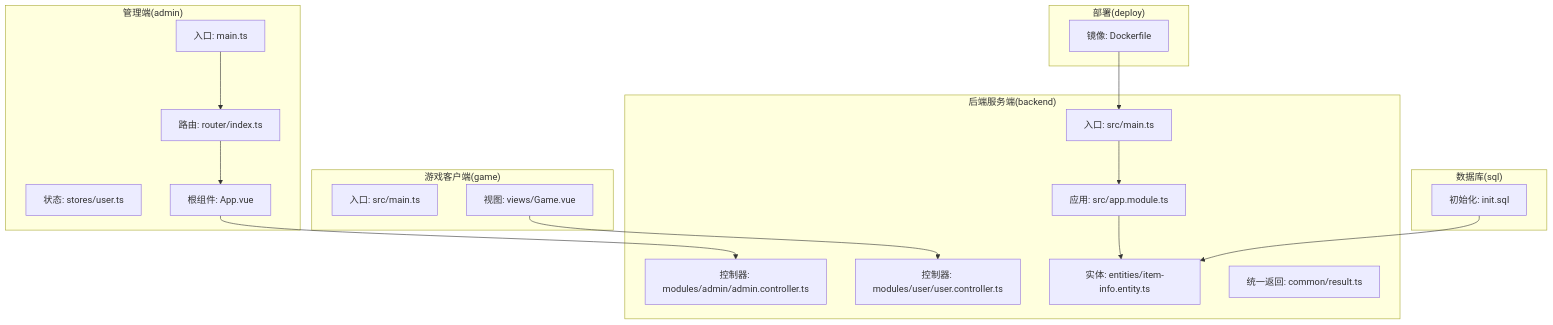
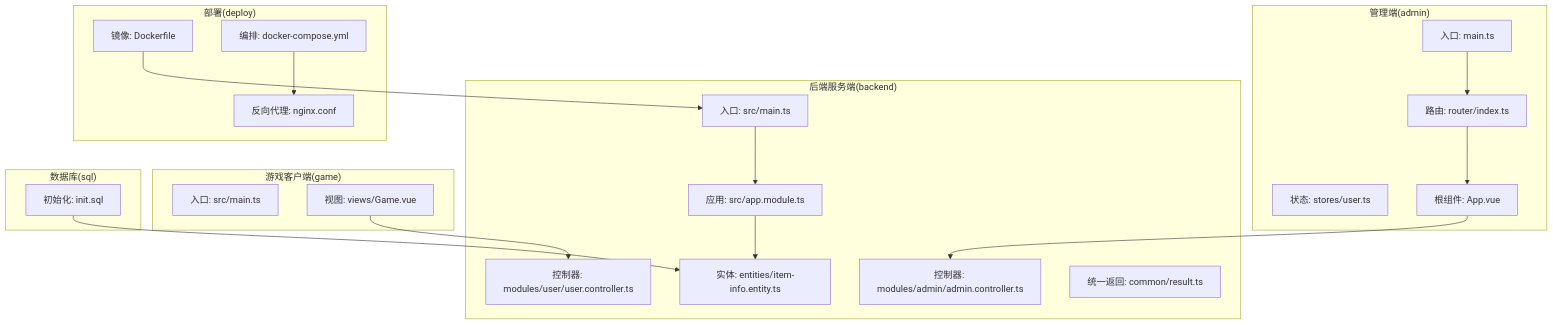
One commit to Yuan-wxy/catch-goose-crush changed the second of 8 diagrams in .qoder/repowiki/zh/content/项目概述.md. Above: the diagram before and after it, drawn with Mermaid. The commit also changed other lines of this file and 9999 other files, not shown here.

````diff
--- a/.qoder/repowiki/zh/content/项目概述.md
+++ b/.qoder/repowiki/zh/content/项目概述.md
@@ -51,33 +108,36 @@
 ```mermaid
 graph TB
 subgraph "管理端(admin)"
 A_main["入口: main.ts"]
 A_router["路由: router/index.ts"]
 A_store["状态: stores/user.ts"]
 A_app["根组件: App.vue"]
 end
 subgraph "后端服务端(backend)"
 B_main["入口: src/main.ts"]
 B_app["应用: src/app.module.ts"]
 B_admin_ctrl["控制器: modules/admin/admin.controller.ts"]
 B_user_ctrl["控制器: modules/user/user.controller.ts"]
 B_entity["实体: entities/item-info.entity.ts"]
 B_result["统一返回: common/result.ts"]
 end
 subgraph "游戏客户端(game)"
 G_main["入口: src/main.ts"]
 G_game["视图: views/Game.vue"]
 end
 subgraph "部署(deploy)"
 D_docker["镜像: Dockerfile"]
+D_compose["编排: docker-compose.yml"]
+D_nginx["反向代理: nginx.conf"]
 end
 subgraph "数据库(sql)"
 S_init["初始化: init.sql"]
 end
 A_main --> A_router --> A_app
 A_app --> B_admin_ctrl
 G_game --> B_user_ctrl
 B_main --> B_app --> B_entity
 D_docker --> B_main
+D_compose --> D_nginx
 S_init --> B_entity
 ```
````
